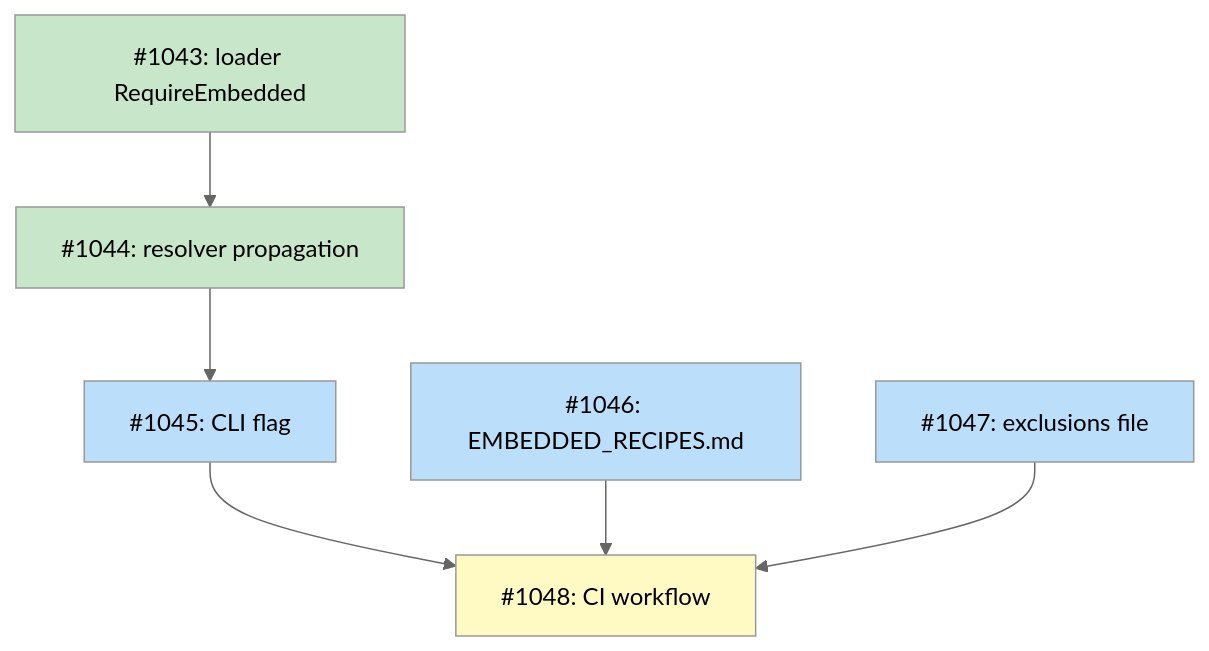
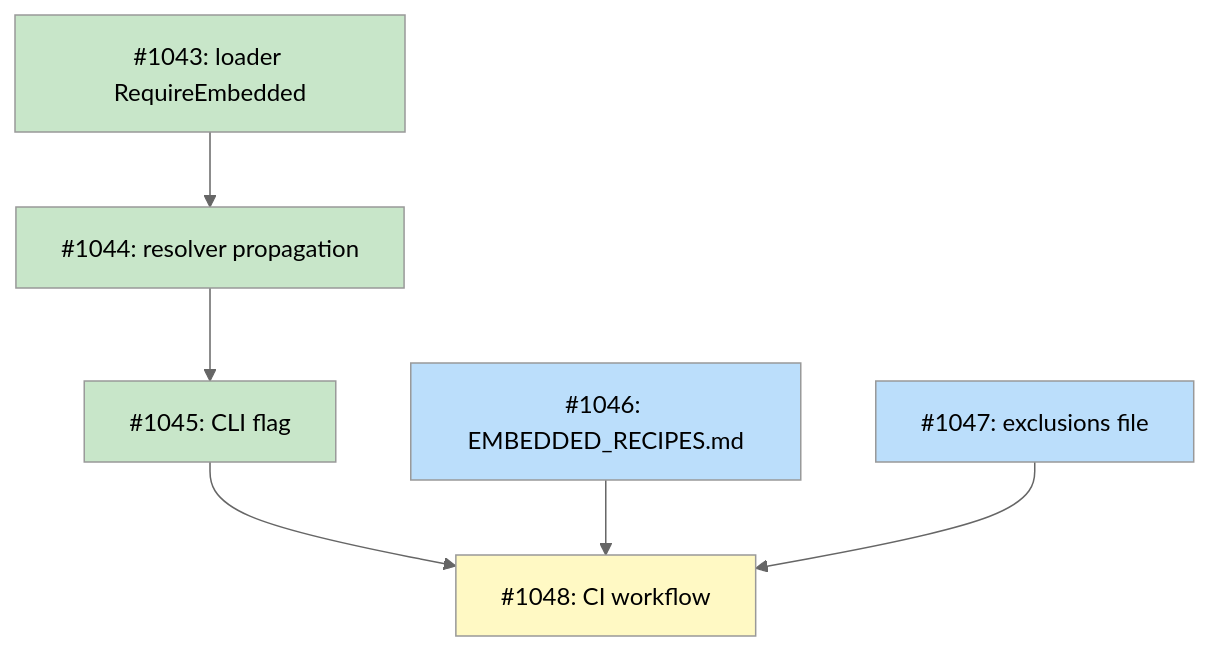
The diagram in docs/designs/DESIGN-embedded-recipe-list.md (tsukumogami/tsuku), drawn with Mermaid (neutral theme) before and after one commit.

Commit message:
docs: mark issue #1045 as done in design doc (#1061)
Update DESIGN-embedded-recipe-list.md mermaid diagram to show #1045 as
done
(green) after PR #1059 was merged.

````diff
--- a/docs/designs/DESIGN-embedded-recipe-list.md
+++ b/docs/designs/DESIGN-embedded-recipe-list.md
@@ -25,23 +25,23 @@
 ```mermaid
 graph TD
     1043["#1043: loader RequireEmbedded"]
     1044["#1044: resolver propagation"]
     1045["#1045: CLI flag"]
     1046["#1046: EMBEDDED_RECIPES.md"]
     1047["#1047: exclusions file"]
     1048["#1048: CI workflow"]
 
     1043 --> 1044
     1044 --> 1045
     1045 --> 1048
     1046 --> 1048
     1047 --> 1048
 
     classDef done fill:#c8e6c9
     classDef ready fill:#bbdefb
     classDef blocked fill:#fff9c4
 
-    class 1043,1044 done
-    class 1045,1046,1047 ready
+    class 1043,1044,1045 done
+    class 1046,1047 ready
     class 1048 blocked
 ```
````
